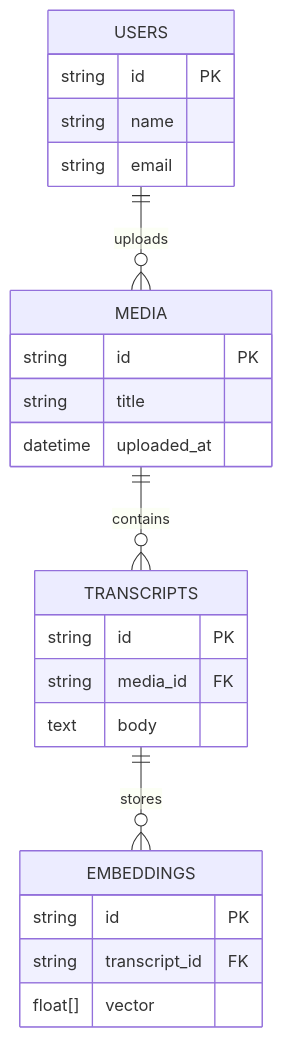
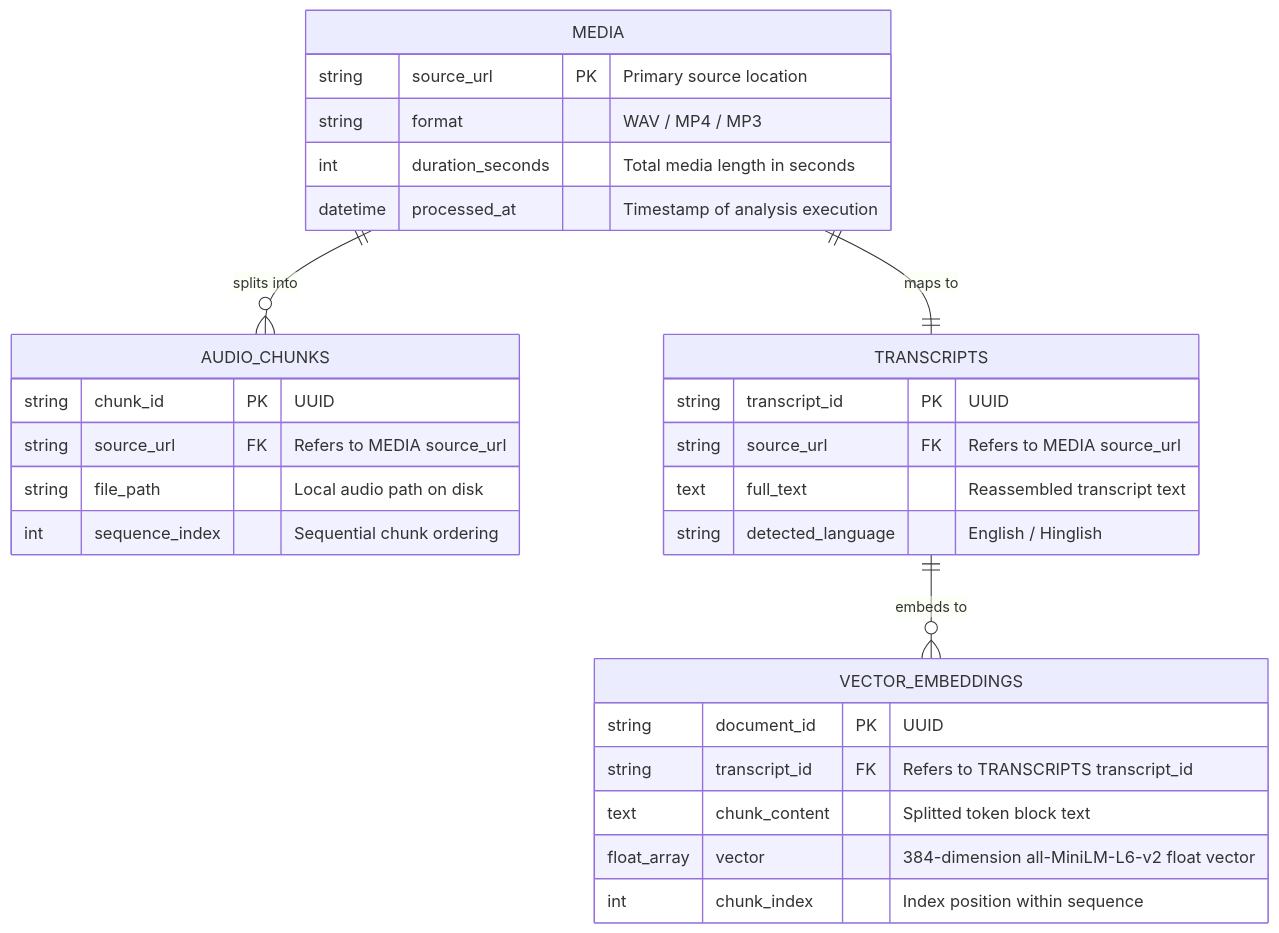
One commit to Ifrah27/AI-Video-Assistant changed the fourth of 9 diagrams in README.md. Above: the diagram before and after it, drawn with Mermaid. The commit also changed other lines of this file and 1 other file, not shown here.

Commit message:
docs: overhaul README with ultra-premium design and diagrams

````diff
--- a/README.md
+++ b/README.md
@@ -157,26 +272,32 @@
 ```mermaid
 erDiagram
-  USERS {
-    string id PK
-    string name
-    string email
-  }
-  MEDIA {
-    string id PK
-    string title
-    datetime uploaded_at
-  }
-  TRANSCRIPTS {
-    string id PK
-    string media_id FK
-    text body
-  }
-  EMBEDDINGS {
-    string id PK
-    string transcript_id FK
-    float[] vector
-  }
-  USERS ||--o{ MEDIA : uploads
-  MEDIA ||--o{ TRANSCRIPTS : contains
-  TRANSCRIPTS ||--o{ EMBEDDINGS : stores
+    MEDIA {
+        string source_url PK "Primary source location"
+        string format "WAV / MP4 / MP3"
+        int duration_seconds "Total media length in seconds"
+        datetime processed_at "Timestamp of analysis execution"
+    }
+    AUDIO_CHUNKS {
+        string chunk_id PK "UUID"
+        string source_url FK "Refers to MEDIA source_url"
+        string file_path "Local audio path on disk"
+        int sequence_index "Sequential chunk ordering"
+    }
+    TRANSCRIPTS {
+        string transcript_id PK "UUID"
+        string source_url FK "Refers to MEDIA source_url"
+        text full_text "Reassembled transcript text"
+        string detected_language "English / Hinglish"
+    }
+    VECTOR_EMBEDDINGS {
+        string document_id PK "UUID"
+        string transcript_id FK "Refers to TRANSCRIPTS transcript_id"
+        text chunk_content "Splitted token block text"
+        float_array vector "384-dimension all-MiniLM-L6-v2 float vector"
+        int chunk_index "Index position within sequence"
+    }
+
+    MEDIA ||--o{ AUDIO_CHUNKS : "splits into"
+    MEDIA ||--|| TRANSCRIPTS : "maps to"
+    TRANSCRIPTS ||--o{ VECTOR_EMBEDDINGS : "embeds to"
 ```
````
